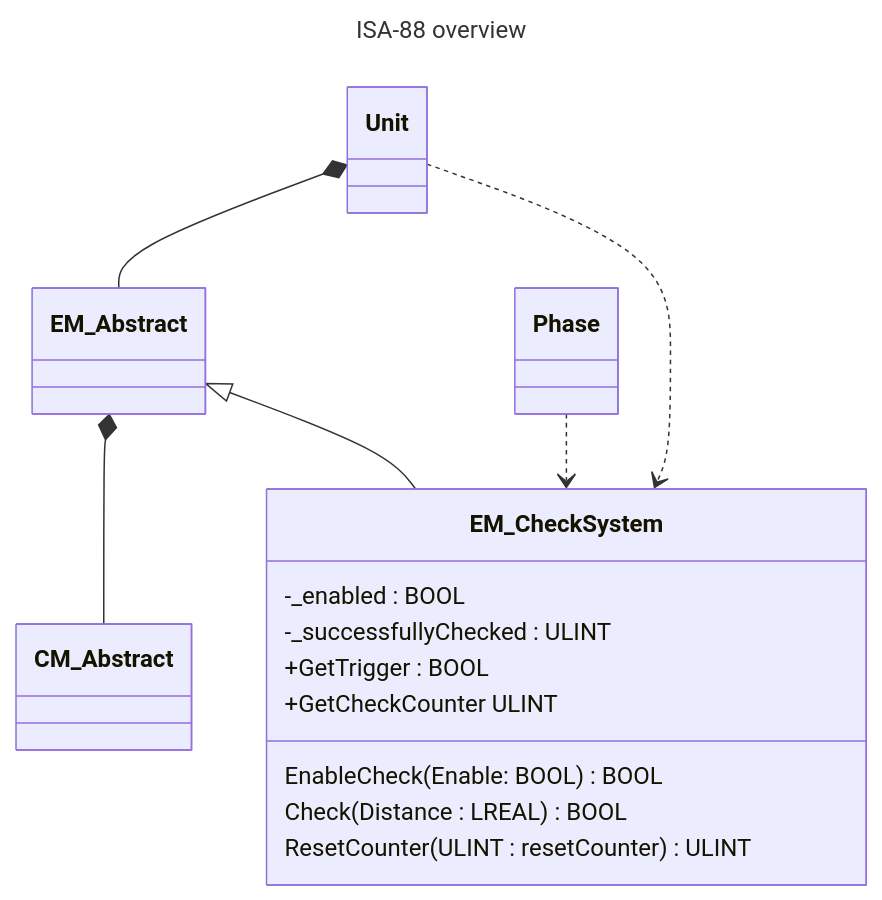
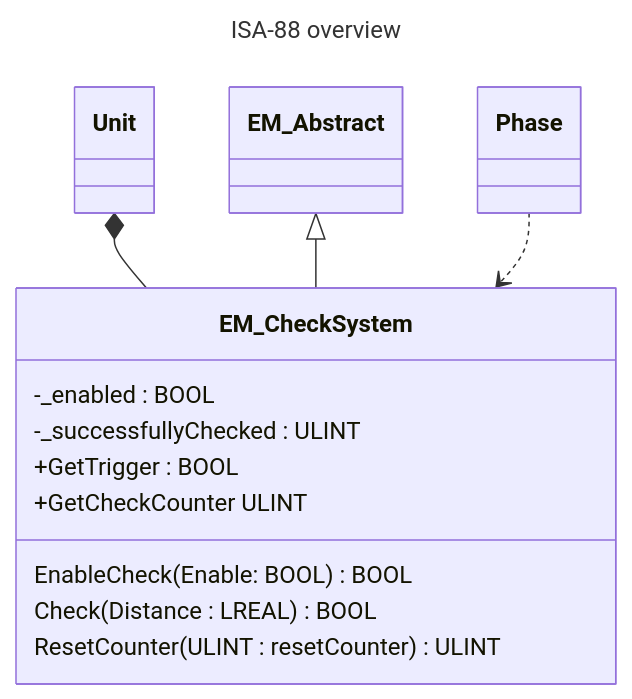
The diagram in README.md (hei-synd-aaut/aaut_lab_02_2026), drawn with Mermaid before and after one commit. The commit also changed other lines of this file, not shown here.

Commit message:
Corrigé une erreur

````diff
--- a/README.md
+++ b/README.md
@@ -22,24 +22,23 @@
 ```mermaid
 ---
 title: ISA-88 overview
 ---
 classDiagram
 
-    Unit *-- EM_Abstract
-    EM_Abstract *-- CM_Abstract
+    Unit *-- EM_CheckSystem
+
     EM_Abstract <|-- EM_CheckSystem    
 
     Phase ..> EM_CheckSystem
-    Unit ..> EM_CheckSystem
 
     class EM_CheckSystem{
         -_enabled : BOOL
         -_successfullyChecked : ULINT
         +GetTrigger : BOOL
         +GetCheckCounter ULINT
         EnableCheck(Enable: BOOL) BOOL
         Check(Distance : LREAL) BOOL
         ResetCounter(ULINT : resetCounter) ULINT
     }    
 
 ```
````
